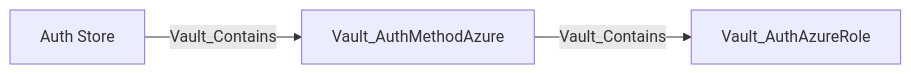
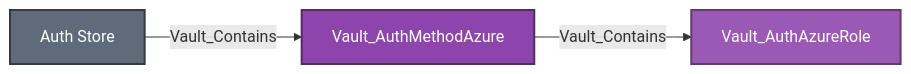
Before and after one commit to bytewreck/opengraph-vault: the ninth of 28 diagrams in Documentation/stores/AUTH.md, drawn with Mermaid. The commit also changed other lines of this file, not shown here.

````diff
--- a/Documentation/stores/AUTH.md
+++ b/Documentation/stores/AUTH.md
@@ -389,5 +429,9 @@
 ```mermaid
 flowchart LR
-    store[Auth Store] -->|Vault_Contains| method[Vault_AuthMethodAzure]
-    method -->|Vault_Contains| role[Vault_AuthAzureRole]
+    store[Auth Store]:::storeNode -->|Vault_Contains| method[Vault_AuthMethodAzure]:::authMethodNode
+    method -->|Vault_Contains| role[Vault_AuthAzureRole]:::authRoleNode
+
+    classDef storeNode fill:#5F6B7A,color:#fff,stroke:#343A40,stroke-width:2px
+    classDef authMethodNode fill:#8E44AD,color:#fff,stroke:#512E5F,stroke-width:2px
+    classDef authRoleNode fill:#9B59B6,color:#fff,stroke:#633974,stroke-width:2px
 ```
````
